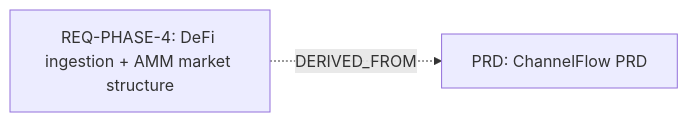
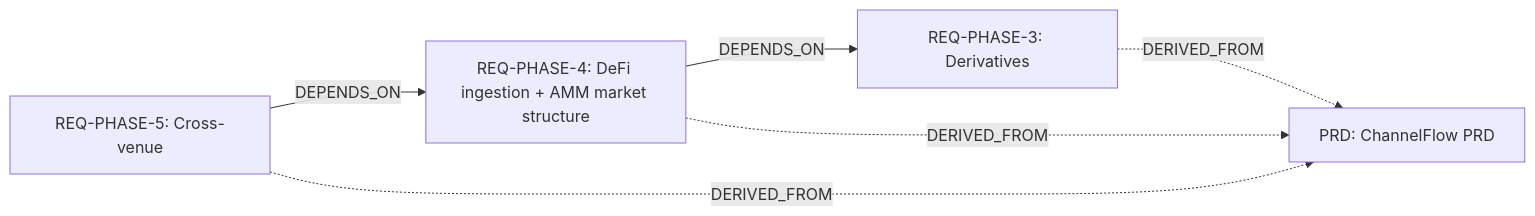
The sixth of 11 diagrams in vault/00-index/Traceability Dashboard.md (nikshev/market-forge), drawn with Mermaid before and after one commit. The commit also changed other lines of this file, not shown here.

````diff
--- a/vault/00-index/Traceability Dashboard.md
+++ b/vault/00-index/Traceability Dashboard.md
@@ -155,6 +182,12 @@
 ```mermaid
 graph LR
   PRD["PRD: ChannelFlow PRD"]
+  REQ_PHASE_3["REQ-PHASE-3: Derivatives"]
   REQ_PHASE_4["REQ-PHASE-4: DeFi ingestion + AMM market structure"]
+  REQ_PHASE_5["REQ-PHASE-5: Cross-venue"]
+  REQ_PHASE_4 -->|DEPENDS_ON| REQ_PHASE_3
+  REQ_PHASE_5 -->|DEPENDS_ON| REQ_PHASE_4
+  REQ_PHASE_3 -.->|DERIVED_FROM| PRD
   REQ_PHASE_4 -.->|DERIVED_FROM| PRD
+  REQ_PHASE_5 -.->|DERIVED_FROM| PRD
 ```
````
